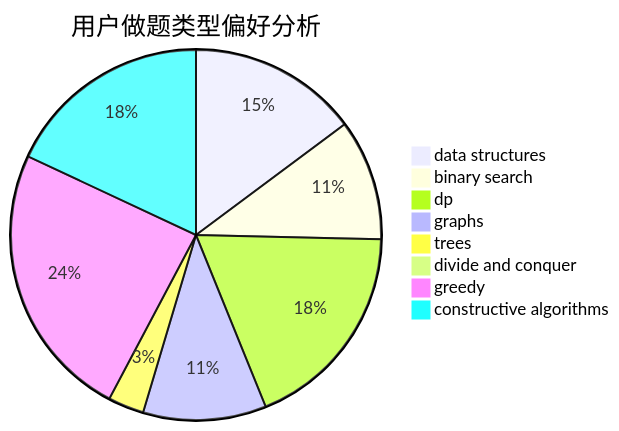
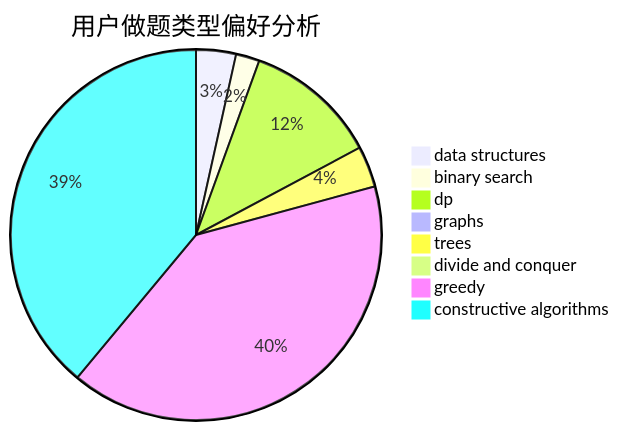
Before and after one commit to sherpahu/cfrs.github.io: the second of 3 diagrams in docs/user/u2301.md, drawn with Mermaid. The commit also changed other lines of this file and 2770 other files, not shown here.

````diff
--- a/docs/user/u2301.md
+++ b/docs/user/u2301.md
@@ -23,11 +23,11 @@
 ```mermaid
 pie title 用户做题类型偏好分析
-    "data structures" :  321
-    "binary search" :  229
-    "dp" :  401
-    "graphs" :  233
-    "trees" :  68
+    "data structures" :  103
+    "binary search" :  61
+    "dp" :  345
+    "graphs" :  21
+    "trees" :  106
     "divide and conquer" :  0
-    "greedy" :  525
-    "constructive algorithms" :  391
+    "greedy" :  1192
+    "constructive algorithms" :  1153
 ```
````
